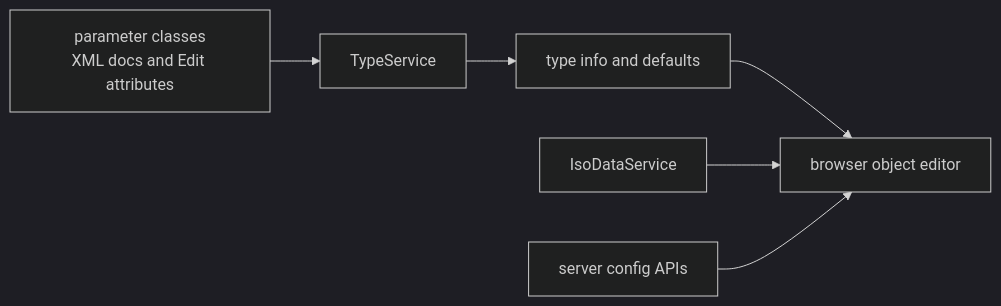
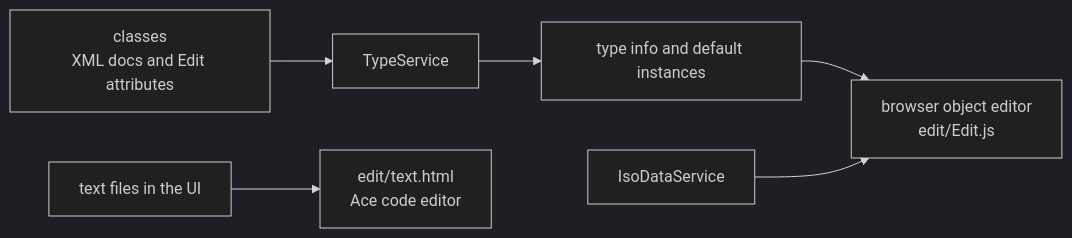
The diagram in SysWeaver.MicroService.Edit/README.md (dosh1974/SysWeaver), drawn with Mermaid (dark theme) before and after one commit. The commit also changed other lines of this file and 532 other files, not shown here.

````diff
--- a/SysWeaver.MicroService.Edit/README.md
+++ b/SysWeaver.MicroService.Edit/README.md
@@ -18,8 +18,8 @@
 ```mermaid
 flowchart LR
-  Types["parameter classes<br/>XML docs and Edit attributes"] --> TS["TypeService"]
-  TS --> Info["type info and defaults"]
-  Info --> Editor["browser object editor"]
+  Types["classes<br/>XML docs and Edit attributes"] --> TS["TypeService"]
+  TS --> Info["type info and default instances"]
+  Info --> Editor["browser object editor<br/>edit/Edit.js"]
   Iso["IsoDataService"] --> Editor
-  Admin["server config APIs"] --> Editor
+  Files["text files in the UI"] --> Text["edit/text.html<br/>Ace code editor"]
 ```
````
